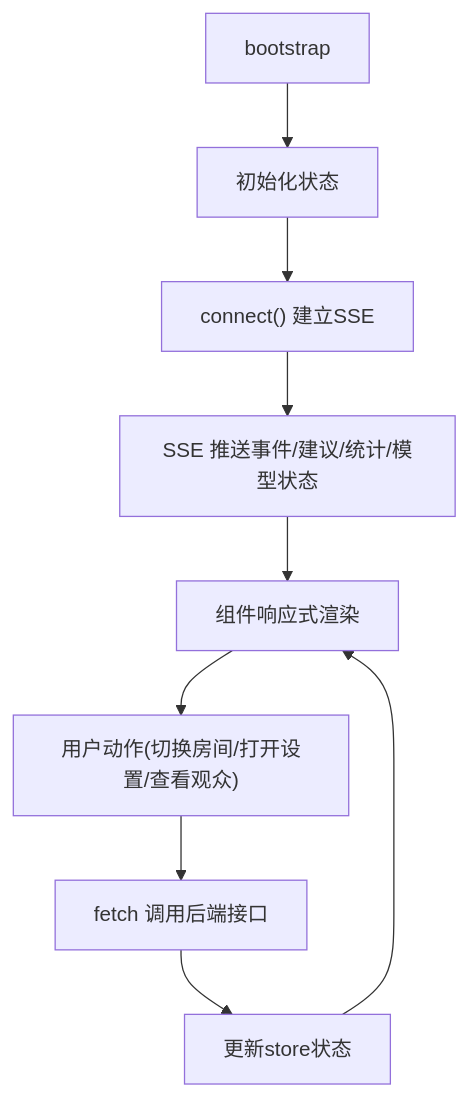
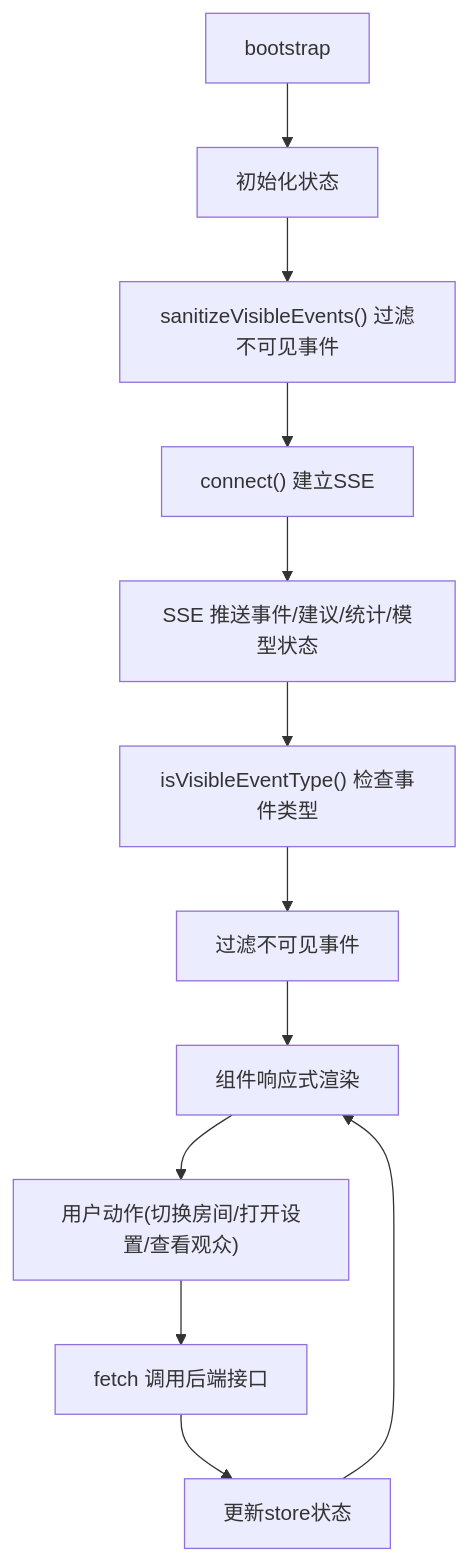
One commit to Moon-Force/DouYin_llm changed the eighth of 8 diagrams in .qoder/repowiki/zh/content/前端应用/前端应用.md. Above: the diagram before and after it, drawn with Mermaid. The commit also changed other lines of this file and 34 other files, not shown here.

````diff
--- a/.qoder/repowiki/zh/content/前端应用/前端应用.md
+++ b/.qoder/repowiki/zh/content/前端应用/前端应用.md
@@ -356,11 +380,14 @@
 ```mermaid
 flowchart TD
 Boot["bootstrap"] --> Init["初始化状态"]
-Init --> Connect["connect() 建立SSE"]
+Init --> Sanitize["sanitizeVisibleEvents() 过滤不可见事件"]
+Sanitize --> Connect["connect() 建立SSE"]
 Connect --> Live["SSE 推送事件/建议/统计/模型状态"]
-Live --> UI["组件响应式渲染"]
+Live --> CheckType["isVisibleEventType() 检查事件类型"]
+CheckType --> Filtered["过滤不可见事件"]
+Filtered --> UI["组件响应式渲染"]
 UI --> Actions["用户动作(切换房间/打开设置/查看观众)"]
 Actions --> REST["fetch 调用后端接口"]
 REST --> Update["更新store状态"]
 Update --> UI
 ```
````
